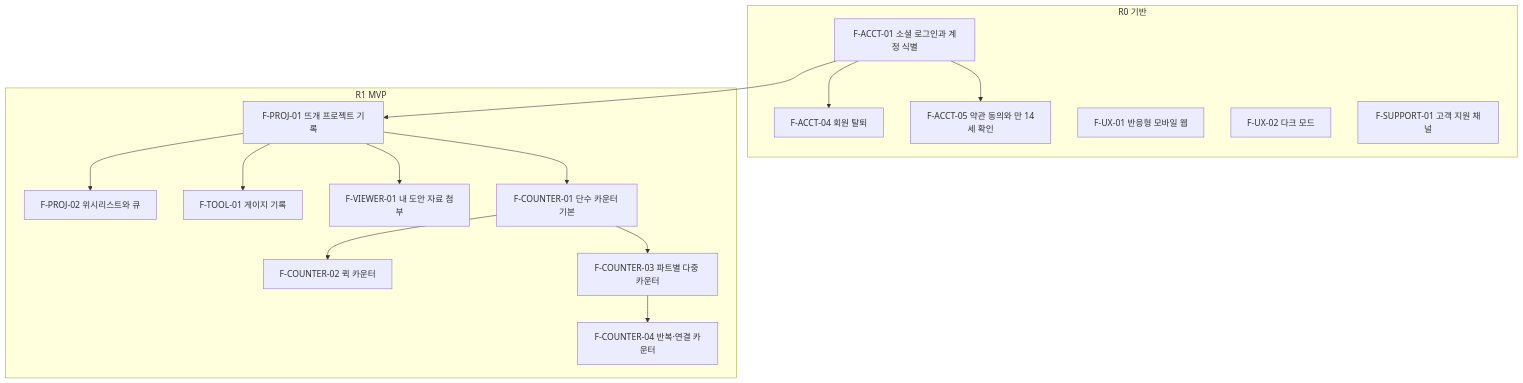
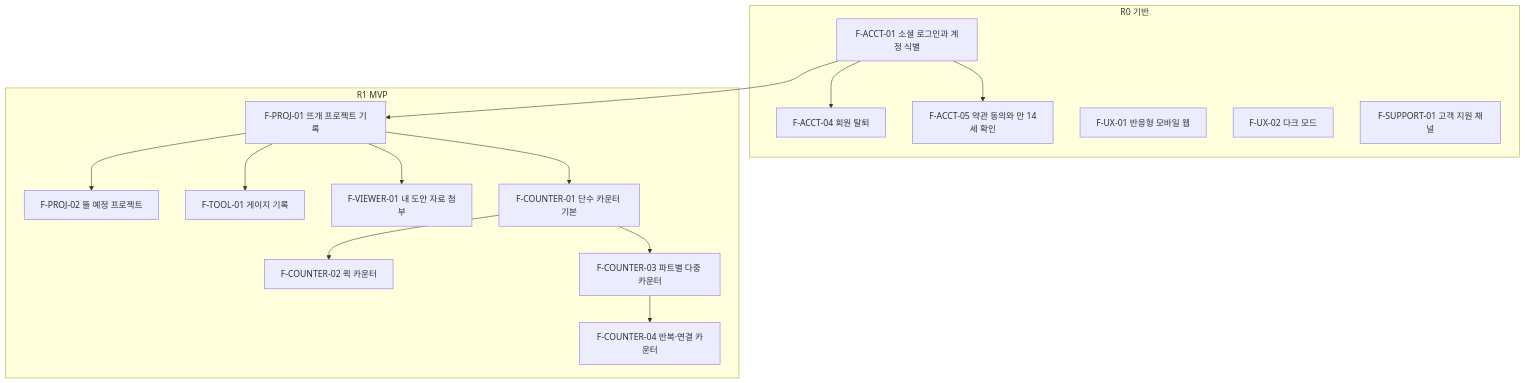
Before and after one commit to god3v/hamtteukka: the diagram in docs/product/feature-catalog.md, drawn with Mermaid. The commit also changed other lines of this file and 1 other file, not shown here.

Commit message:
docs: CodeRabbit 재리뷰 반영 - F-PROJ-02를 뜰 예정 프로젝트로 변경 (#13)

````diff
--- a/docs/product/feature-catalog.md
+++ b/docs/product/feature-catalog.md
@@ -290,31 +290,31 @@
 ```mermaid
 flowchart TB
   subgraph r0["R0 기반"]
     ACCT01["F-ACCT-01 소셜 로그인과 계정 식별"]
     ACCT04["F-ACCT-04 회원 탈퇴"]
     ACCT05["F-ACCT-05 약관 동의와 만 14세 확인"]
     UX01["F-UX-01 반응형 모바일 웹"]
     UX02["F-UX-02 다크 모드"]
     SUPPORT01["F-SUPPORT-01 고객 지원 채널"]
   end
   subgraph r1["R1 MVP"]
     PROJ01["F-PROJ-01 뜨개 프로젝트 기록"]
-    PROJ02["F-PROJ-02 위시리스트와 큐"]
+    PROJ02["F-PROJ-02 뜰 예정 프로젝트"]
     TOOL01["F-TOOL-01 게이지 기록"]
     VIEWER01["F-VIEWER-01 내 도안 자료 첨부"]
     COUNTER01["F-COUNTER-01 단수 카운터 기본"]
     COUNTER02["F-COUNTER-02 퀵 카운터"]
     COUNTER03["F-COUNTER-03 파트별 다중 카운터"]
     COUNTER04["F-COUNTER-04 반복·연결 카운터"]
   end
   ACCT01 --> ACCT04
   ACCT01 --> ACCT05
   ACCT01 --> PROJ01
   PROJ01 --> PROJ02
   PROJ01 --> TOOL01
   PROJ01 --> VIEWER01
   PROJ01 --> COUNTER01
   COUNTER01 --> COUNTER02
   COUNTER01 --> COUNTER03
   COUNTER03 --> COUNTER04
 ```
````
